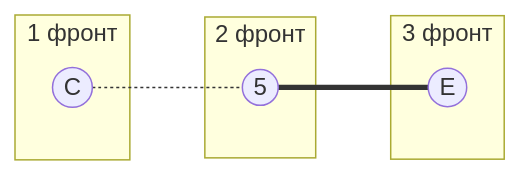
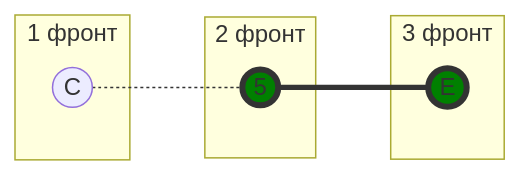
One commit to msshadr1na/msshadr1na changed the second of 6 diagrams in README.md. Above: the diagram before and after it, drawn with Mermaid. The commit also changed other lines of this file, not shown here.

````diff
--- a/README.md
+++ b/README.md
@@ -56,14 +56,16 @@
 ```mermaid
 graph LR
     subgraph "1 фронт"
         C((C))
     end
     subgraph "2 фронт"
         5((5))
     end
     subgraph "3 фронт"
         E((E))
     end
     C -.- 5
     5 === E
+style 5 fill:#008000,stroke:#333,stroke-width:4px
+style E fill:#008000,stroke:#333,stroke-width:4px
 ```
````
